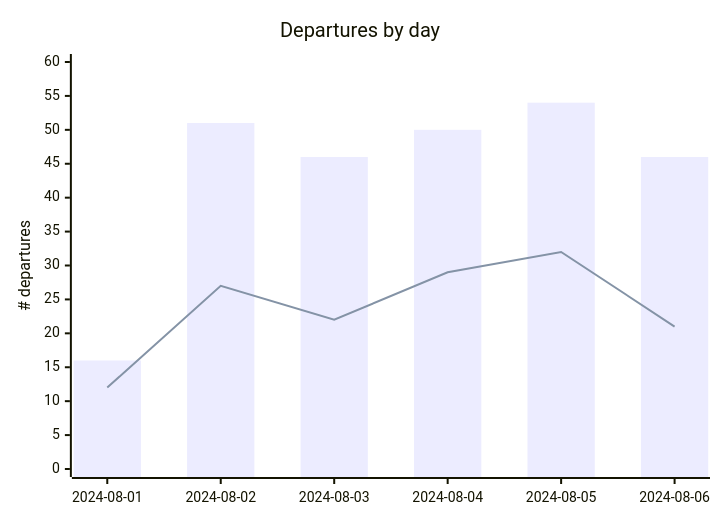
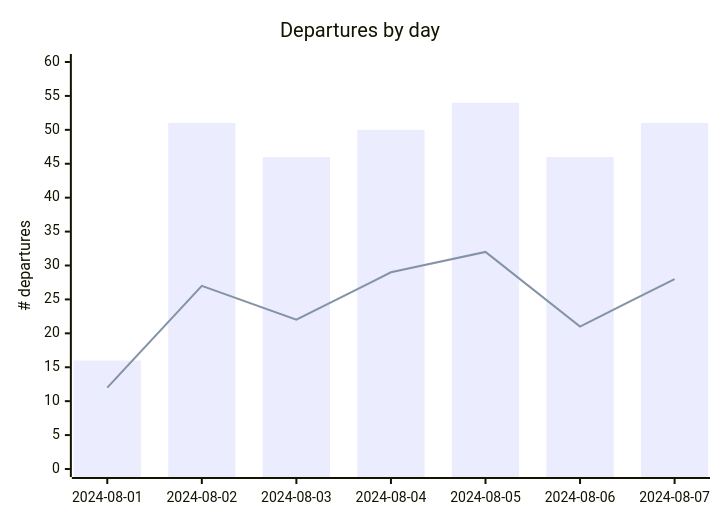
One commit to rainermesi/tll-airport-departures changed the first of 2 diagrams in README.md. Above: the diagram before and after it, drawn with Mermaid. The commit also changed other lines of this file, not shown here.

````diff
--- a/README.md
+++ b/README.md
@@ -9,8 +9,8 @@
 ```mermaid
 xychart-beta
     title "Departures by day"
-    x-axis ["2024-08-01", "2024-08-02", "2024-08-03", "2024-08-04", "2024-08-05", "2024-08-06"]
+    x-axis ["2024-08-01", "2024-08-02", "2024-08-03", "2024-08-04", "2024-08-05", "2024-08-06", "2024-08-07"]
     y-axis "# departures" 0 --> 60
-    bar [16, 51, 46, 50, 54, 46]
-    line [12, 27, 22, 29, 32, 21]
+    bar [16, 51, 46, 50, 54, 46, 51]
+    line [12, 27, 22, 29, 32, 21, 28]
 ```
````
